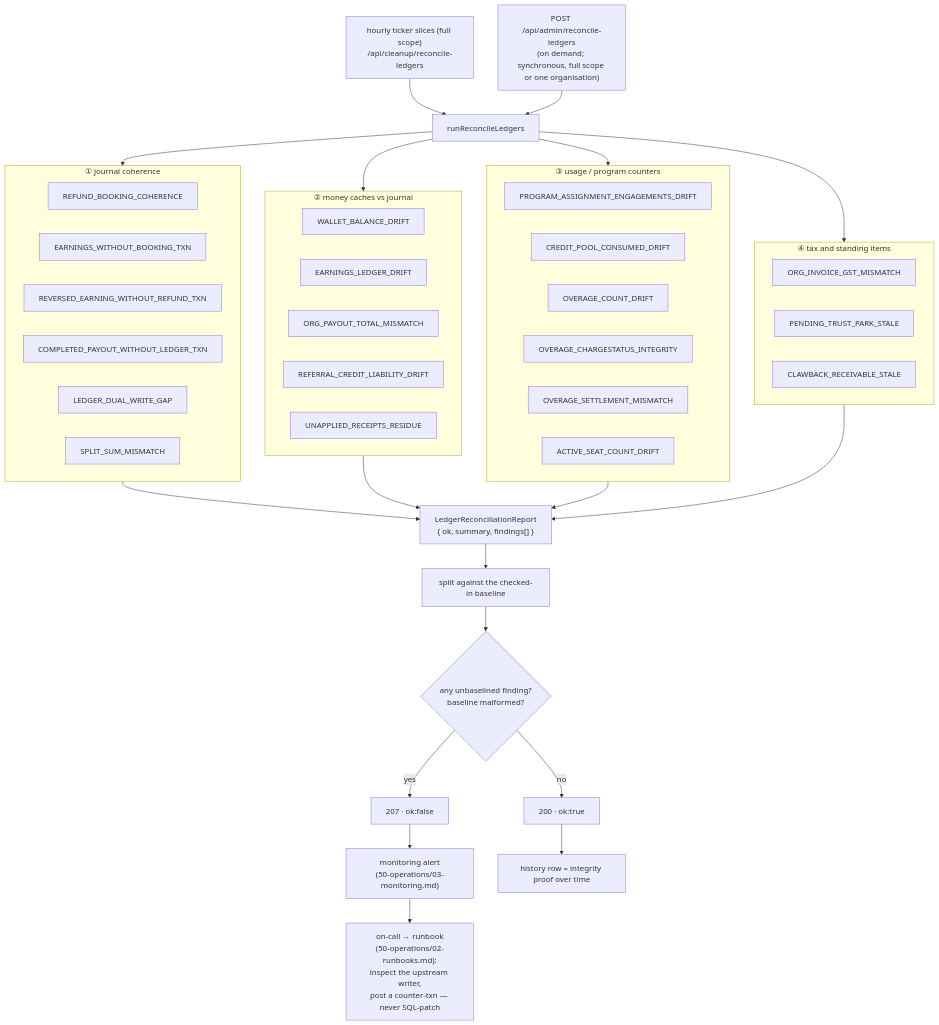
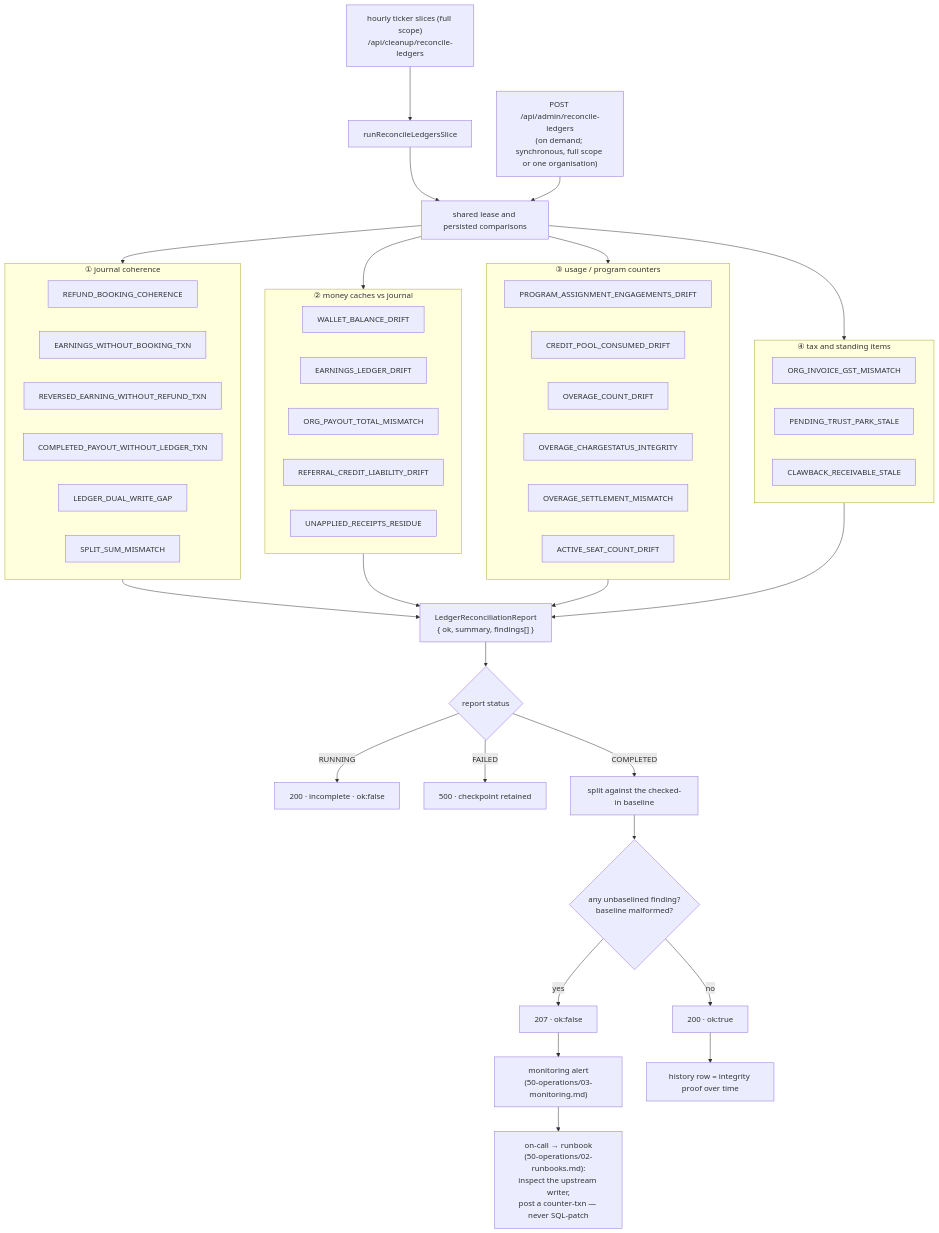
One commit to Practitionist/familiarise_web changed the second of 2 diagrams in docs/enterprise/10-money-and-ledger/13-ledger-integrity.md. Above: the diagram before and after it, drawn with Mermaid. The commit also changed 16 other files, not shown here.

````diff
--- a/docs/enterprise/10-money-and-ledger/13-ledger-integrity.md
+++ b/docs/enterprise/10-money-and-ledger/13-ledger-integrity.md
@@ -67,45 +67,49 @@
 ```mermaid
 flowchart TD
-  CRON["hourly ticker slices (full scope)<br/>/api/cleanup/reconcile-ledgers"] --> RUN["runReconcileLedgers"]
+  CRON["hourly ticker slices (full scope)<br/>/api/cleanup/reconcile-ledgers"] --> SLICE["runReconcileLedgersSlice"]
+  SLICE --> RUN["shared lease and persisted comparisons"]
   ADMIN["POST /api/admin/reconcile-ledgers<br/>(on demand; synchronous, full scope or one organisation)"] --> RUN
   RUN --> G1
   RUN --> G2
   RUN --> G3
   RUN --> G4
   subgraph G1["① journal coherence"]
     RBC["REFUND_BOOKING_COHERENCE"]
     EWB["EARNINGS_WITHOUT_BOOKING_TXN"]
     REF["REVERSED_EARNING_WITHOUT_REFUND_TXN"]
     CPW["COMPLETED_PAYOUT_WITHOUT_LEDGER_TXN"]
     DWG["LEDGER_DUAL_WRITE_GAP"]
     SSM["SPLIT_SUM_MISMATCH"]
   end
   subgraph G2["② money caches vs journal"]
     WBD["WALLET_BALANCE_DRIFT"]
     ELD["EARNINGS_LEDGER_DRIFT"]
     OPT["ORG_PAYOUT_TOTAL_MISMATCH"]
     RCL["REFERRAL_CREDIT_LIABILITY_DRIFT"]
     URR["UNAPPLIED_RECEIPTS_RESIDUE"]
   end
   subgraph G3["③ usage / program counters"]
     PAE["PROGRAM_ASSIGNMENT_ENGAGEMENTS_DRIFT"]
     CPC["CREDIT_POOL_CONSUMED_DRIFT"]
     OCD["OVERAGE_COUNT_DRIFT"]
     OCI["OVERAGE_CHARGESTATUS_INTEGRITY"]
     OSM["OVERAGE_SETTLEMENT_MISMATCH"]
     ASC["ACTIVE_SEAT_COUNT_DRIFT"]
   end
   subgraph G4["④ tax and standing items"]
     IGM["ORG_INVOICE_GST_MISMATCH"]
     PTS["PENDING_TRUST_PARK_STALE"]
     CRS["CLAWBACK_RECEIVABLE_STALE"]
   end
   G1 & G2 & G3 & G4 --> RPT["LedgerReconciliationReport<br/>{ ok, summary, findings[] }"]
-  RPT --> BL["split against the checked-in baseline"]
+  RPT --> STATE{"report status"}
+  STATE -- RUNNING --> PARTIAL["200 · incomplete · ok:false"]
+  STATE -- FAILED --> FAIL["500 · checkpoint retained"]
+  STATE -- COMPLETED --> BL["split against the checked-in baseline"]
   BL --> OK{"any unbaselined finding?<br/>baseline malformed?"}
   OK -- no --> CLEAN["200 · ok:true"]
   OK -- yes --> PAGE["207 · ok:false"]
   PAGE --> MON["monitoring alert<br/>(50-operations/03-monitoring.md)"]
   MON --> ONCALL["on-call → runbook<br/>(50-operations/02-runbooks.md):<br/>inspect the upstream writer,<br/>post a counter-txn — never SQL-patch"]
   CLEAN --> AUDIT["history row = integrity proof over time"]
 ```
````
